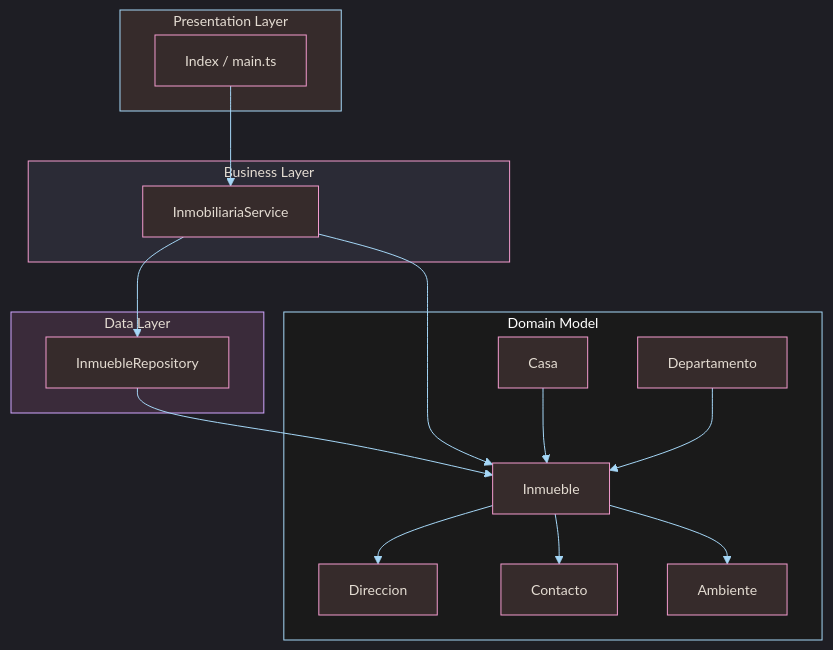
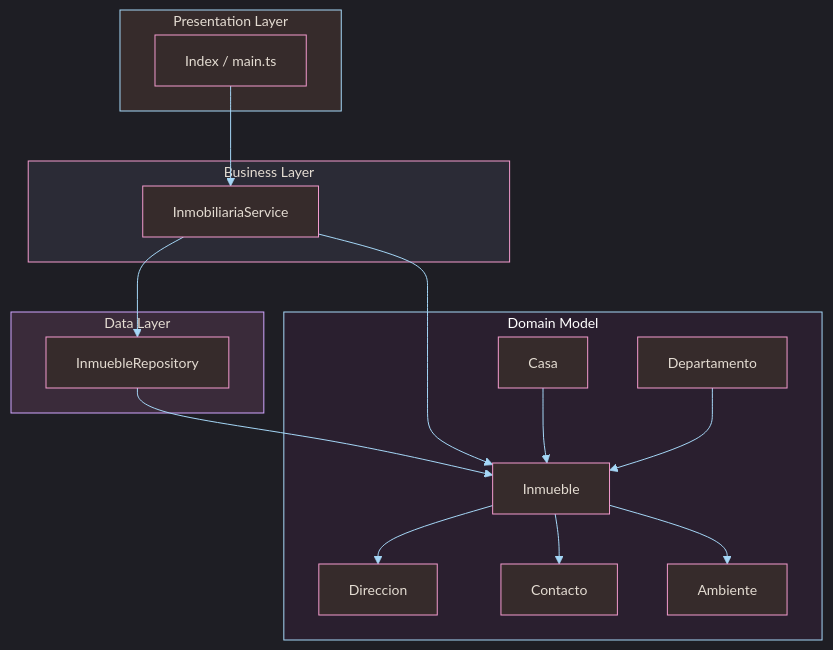
Before and after one commit to Elianayc/Typescript: the diagram in bootsrap/src/Ejercicios POO/18_inmobiliaria_capas/arq_capas.mmd, drawn with Mermaid.

Commit message:
Actualizacion de colores.

```diff
--- a/bootsrap/src/Ejercicios POO/18_inmobiliaria_capas/arq_capas.mmd
+++ b/bootsrap/src/Ejercicios POO/18_inmobiliaria_capas/arq_capas.mmd
@@ -1,58 +1,58 @@
 %%{init: { 
     'theme': 'dark', 
     'themeVariables': { 
         'background': '#121212', 
         'lineColor': '#a5d7f7', 
         'fontFamily': 'Cascadia Code, Fira Code, Consolas, Courier New, monospace', 
         'fontSize': '14px' 
     }
 } }%%
 
 flowchart TD
 
 %% PRESENTATION
 subgraph P[Presentation Layer]
     Index[Index / main.ts]
 end
 
 
 %% BUSINESS
 subgraph B[Business Layer]
     Service[InmobiliariaService]
 end
 
 %% DATA
 subgraph D[Data Layer]
     Repo[InmuebleRepository]
 end
 
 %% DOMAIN
 subgraph M[Domain Model]
     Inmueble
     Casa
     Departamento
     Direccion
     Contacto
     Ambiente
 end
 
 %% FLUJO
 Index --> Service
 Service --> Repo
 
 Repo --> Inmueble
 Service --> Inmueble
 
 Casa --> Inmueble
 Departamento --> Inmueble
 Inmueble --> Direccion
 Inmueble --> Contacto
 Inmueble --> Ambiente
 
 %% ESTILO
 style P fill:#362b2b,stroke:#a5d7f7,color:#e4dcd2
 style B fill:#2b2b36,stroke:#f39bce,color:#e4dcd2
 style D fill:#3a2b3a,stroke:#d0a6ff,color:#e4dcd2
-style M fill:#1a1a1a,stroke:#a5d7f7,color:#ffffff
+style M fill:#2a1f2f,stroke:#a5d7f7,color:#ffffff
 
 classDef default fill:#362b2b,stroke:#f39bce,color:#e4dcd2
```
